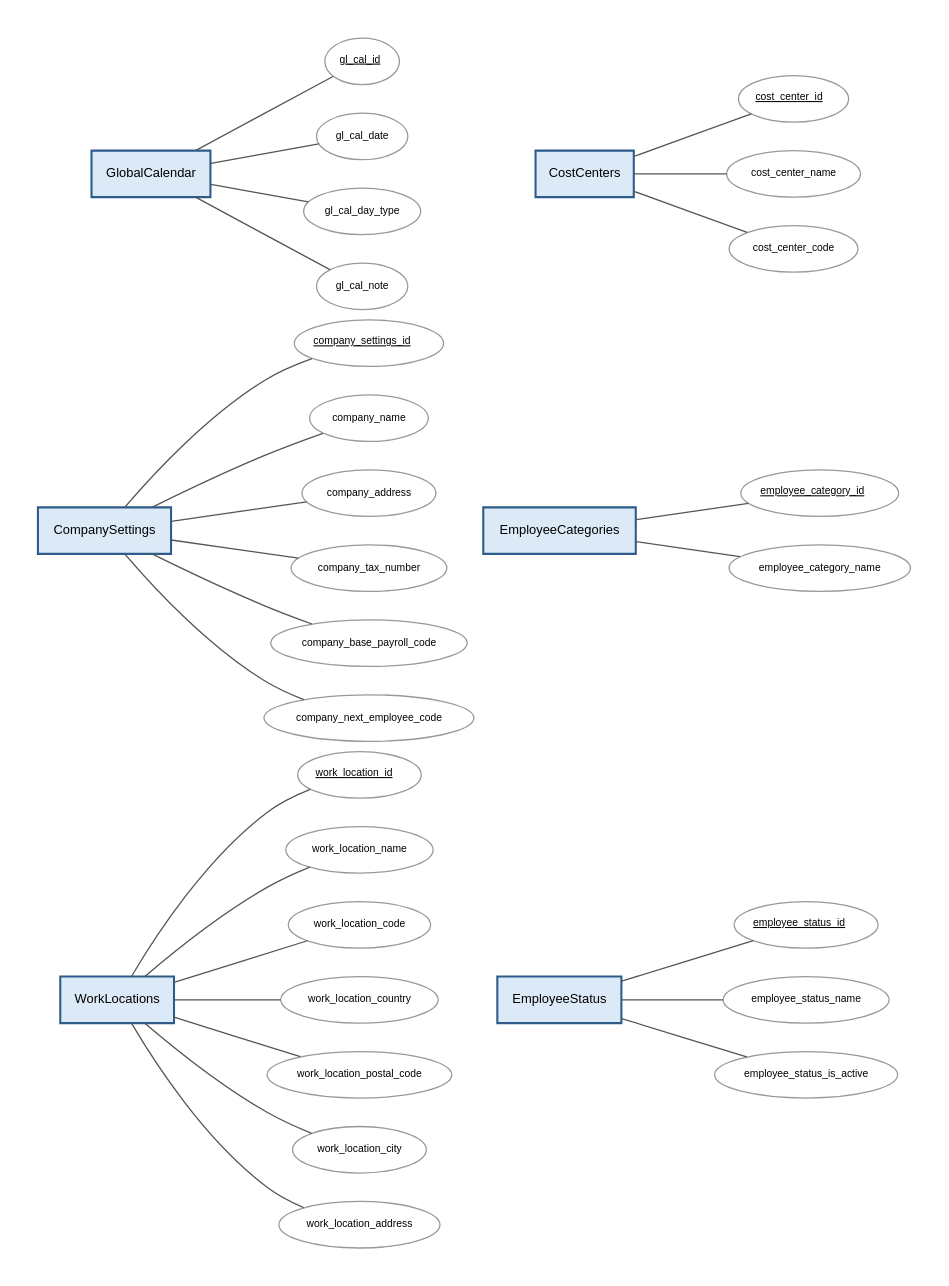
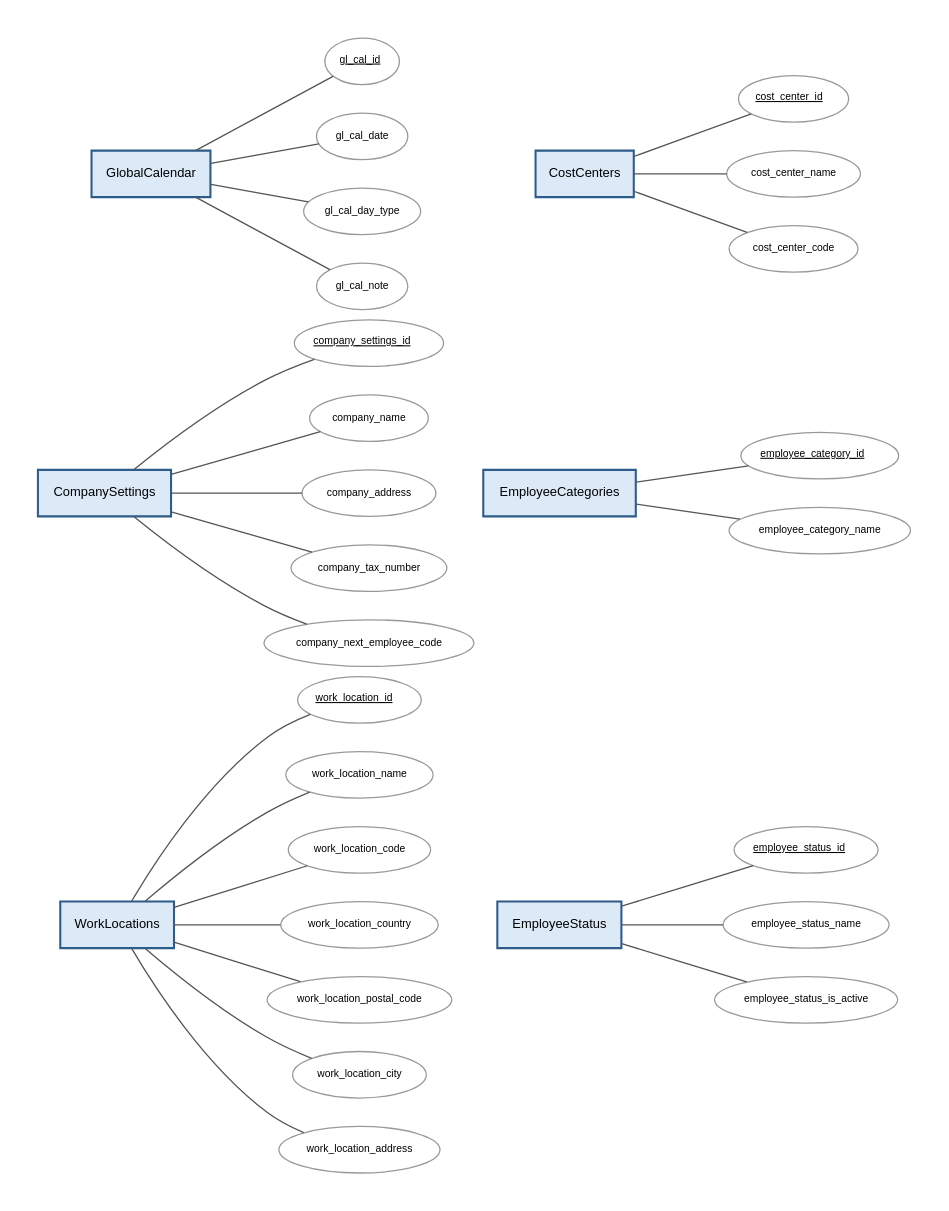
One commit to mbodigit/time_tracking_system_prototype changed the diagram in docs/diagram/er-6-onallo-torzsadat.dot. Above: the diagram before and after it, drawn with Graphviz. The commit also changed 39 other files, not shown here.

```diff
--- a/docs/diagram/er-6-onallo-torzsadat.dot
+++ b/docs/diagram/er-6-onallo-torzsadat.dot
@@ -1,66 +1,64 @@
 graph ER {
   fontname="Helvetica";
   graph [rankdir=LR, splines=spline, nodesep=0.3, ranksep=1.0, pack=true, packmode=array, bgcolor="white", pad=0.3];
   node [fontname="Helvetica", fontsize=10];
   edge [fontname="Helvetica", fontsize=9, color="#555555"];
 
   // fókuszban lévő egyedek, minden attribútummal
   "EmployeeStatus" [shape=box, style="filled,bold", fillcolor="#DCE9F7", color="#2E5C8A", penwidth=1.6];
   "EmployeeStatus__employee_status_id" [shape=ellipse, style=filled, fillcolor="white", color="#999999", fontsize=8, label=<<U>employee_status_id</U>>];
   "EmployeeStatus" -- "EmployeeStatus__employee_status_id" [len=0.8, weight=4];
   "EmployeeStatus__employee_status_name" [shape=ellipse, style=filled, fillcolor="white", color="#999999", fontsize=8, label="employee_status_name"];
   "EmployeeStatus" -- "EmployeeStatus__employee_status_name" [len=0.8, weight=4];
   "EmployeeStatus__employee_status_is_active" [shape=ellipse, style=filled, fillcolor="white", color="#999999", fontsize=8, label="employee_status_is_active"];
   "EmployeeStatus" -- "EmployeeStatus__employee_status_is_active" [len=0.8, weight=4];
   "EmployeeCategories" [shape=box, style="filled,bold", fillcolor="#DCE9F7", color="#2E5C8A", penwidth=1.6];
   "EmployeeCategories__employee_category_id" [shape=ellipse, style=filled, fillcolor="white", color="#999999", fontsize=8, label=<<U>employee_category_id</U>>];
   "EmployeeCategories" -- "EmployeeCategories__employee_category_id" [len=0.8, weight=4];
   "EmployeeCategories__employee_category_name" [shape=ellipse, style=filled, fillcolor="white", color="#999999", fontsize=8, label="employee_category_name"];
   "EmployeeCategories" -- "EmployeeCategories__employee_category_name" [len=0.8, weight=4];
   "CostCenters" [shape=box, style="filled,bold", fillcolor="#DCE9F7", color="#2E5C8A", penwidth=1.6];
   "CostCenters__cost_center_id" [shape=ellipse, style=filled, fillcolor="white", color="#999999", fontsize=8, label=<<U>cost_center_id</U>>];
   "CostCenters" -- "CostCenters__cost_center_id" [len=0.8, weight=4];
   "CostCenters__cost_center_name" [shape=ellipse, style=filled, fillcolor="white", color="#999999", fontsize=8, label="cost_center_name"];
   "CostCenters" -- "CostCenters__cost_center_name" [len=0.8, weight=4];
   "CostCenters__cost_center_code" [shape=ellipse, style=filled, fillcolor="white", color="#999999", fontsize=8, label="cost_center_code"];
   "CostCenters" -- "CostCenters__cost_center_code" [len=0.8, weight=4];
   "WorkLocations" [shape=box, style="filled,bold", fillcolor="#DCE9F7", color="#2E5C8A", penwidth=1.6];
   "WorkLocations__work_location_id" [shape=ellipse, style=filled, fillcolor="white", color="#999999", fontsize=8, label=<<U>work_location_id</U>>];
   "WorkLocations" -- "WorkLocations__work_location_id" [len=0.8, weight=4];
   "WorkLocations__work_location_name" [shape=ellipse, style=filled, fillcolor="white", color="#999999", fontsize=8, label="work_location_name"];
   "WorkLocations" -- "WorkLocations__work_location_name" [len=0.8, weight=4];
   "WorkLocations__work_location_code" [shape=ellipse, style=filled, fillcolor="white", color="#999999", fontsize=8, label="work_location_code"];
   "WorkLocations" -- "WorkLocations__work_location_code" [len=0.8, weight=4];
   "WorkLocations__work_location_country" [shape=ellipse, style=filled, fillcolor="white", color="#999999", fontsize=8, label="work_location_country"];
   "WorkLocations" -- "WorkLocations__work_location_country" [len=0.8, weight=4];
   "WorkLocations__work_location_postal_code" [shape=ellipse, style=filled, fillcolor="white", color="#999999", fontsize=8, label="work_location_postal_code"];
   "WorkLocations" -- "WorkLocations__work_location_postal_code" [len=0.8, weight=4];
   "WorkLocations__work_location_city" [shape=ellipse, style=filled, fillcolor="white", color="#999999", fontsize=8, label="work_location_city"];
   "WorkLocations" -- "WorkLocations__work_location_city" [len=0.8, weight=4];
   "WorkLocations__work_location_address" [shape=ellipse, style=filled, fillcolor="white", color="#999999", fontsize=8, label="work_location_address"];
   "WorkLocations" -- "WorkLocations__work_location_address" [len=0.8, weight=4];
   "GlobalCalendar" [shape=box, style="filled,bold", fillcolor="#DCE9F7", color="#2E5C8A", penwidth=1.6];
   "GlobalCalendar__gl_cal_id" [shape=ellipse, style=filled, fillcolor="white", color="#999999", fontsize=8, label=<<U>gl_cal_id</U>>];
   "GlobalCalendar" -- "GlobalCalendar__gl_cal_id" [len=0.8, weight=4];
   "GlobalCalendar__gl_cal_date" [shape=ellipse, style=filled, fillcolor="white", color="#999999", fontsize=8, label="gl_cal_date"];
   "GlobalCalendar" -- "GlobalCalendar__gl_cal_date" [len=0.8, weight=4];
   "GlobalCalendar__gl_cal_day_type" [shape=ellipse, style=filled, fillcolor="white", color="#999999", fontsize=8, label="gl_cal_day_type"];
   "GlobalCalendar" -- "GlobalCalendar__gl_cal_day_type" [len=0.8, weight=4];
   "GlobalCalendar__gl_cal_note" [shape=ellipse, style=filled, fillcolor="white", color="#999999", fontsize=8, label="gl_cal_note"];
   "GlobalCalendar" -- "GlobalCalendar__gl_cal_note" [len=0.8, weight=4];
   "CompanySettings" [shape=box, style="filled,bold", fillcolor="#DCE9F7", color="#2E5C8A", penwidth=1.6];
   "CompanySettings__company_settings_id" [shape=ellipse, style=filled, fillcolor="white", color="#999999", fontsize=8, label=<<U>company_settings_id</U>>];
   "CompanySettings" -- "CompanySettings__company_settings_id" [len=0.8, weight=4];
   "CompanySettings__company_name" [shape=ellipse, style=filled, fillcolor="white", color="#999999", fontsize=8, label="company_name"];
   "CompanySettings" -- "CompanySettings__company_name" [len=0.8, weight=4];
   "CompanySettings__company_address" [shape=ellipse, style=filled, fillcolor="white", color="#999999", fontsize=8, label="company_address"];
   "CompanySettings" -- "CompanySettings__company_address" [len=0.8, weight=4];
   "CompanySettings__company_tax_number" [shape=ellipse, style=filled, fillcolor="white", color="#999999", fontsize=8, label="company_tax_number"];
   "CompanySettings" -- "CompanySettings__company_tax_number" [len=0.8, weight=4];
-  "CompanySettings__company_base_payroll_code" [shape=ellipse, style=filled, fillcolor="white", color="#999999", fontsize=8, label="company_base_payroll_code"];
-  "CompanySettings" -- "CompanySettings__company_base_payroll_code" [len=0.8, weight=4];
   "CompanySettings__company_next_employee_code" [shape=ellipse, style=filled, fillcolor="white", color="#999999", fontsize=8, label="company_next_employee_code"];
   "CompanySettings" -- "CompanySettings__company_next_employee_code" [len=0.8, weight=4];
 
   // kapcsolatok
 }
```
